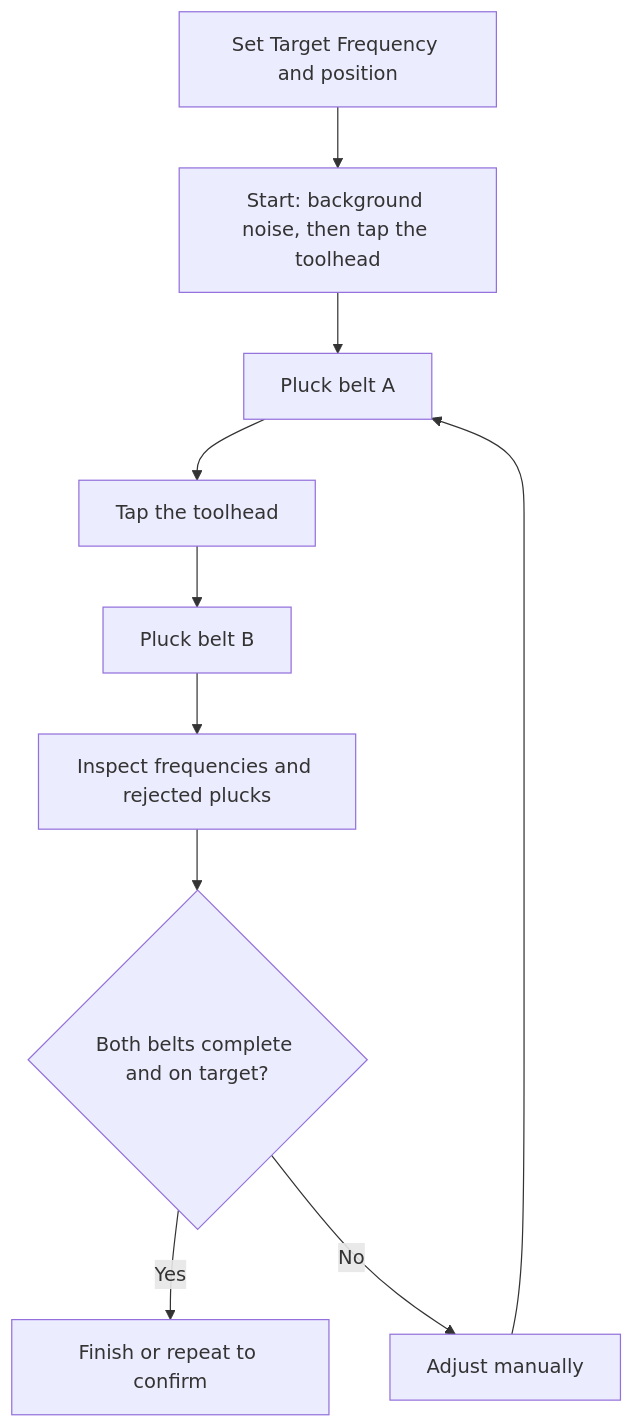
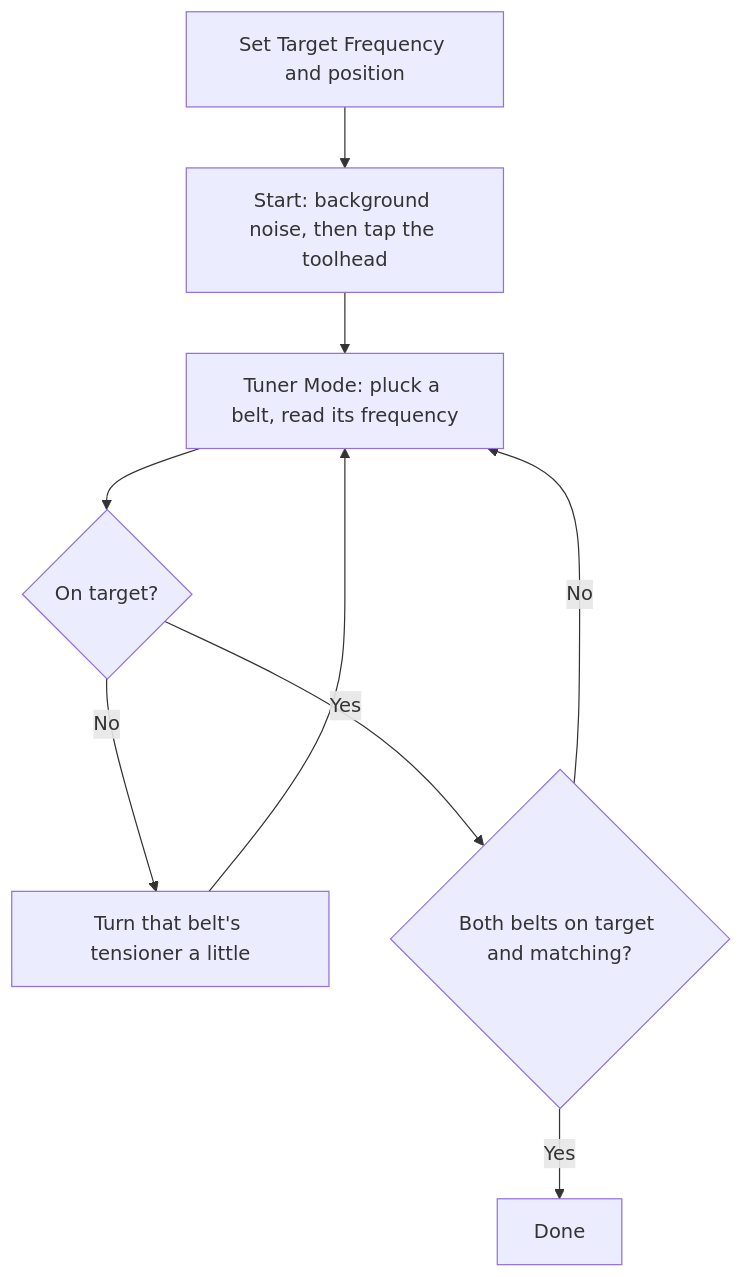
Before and after one commit to HydrateFrequently/Chordata: the diagram in docs/USER_GUIDE.md, drawn with Mermaid. The commit also changed other lines of this file and 12 other files, not shown here.

First line of the commit message:
Tuner Mode only: pluck history, average and ± per pluck, faster live readings

````diff
--- a/docs/USER_GUIDE.md
+++ b/docs/USER_GUIDE.md
@@ -157,12 +157,11 @@
 ```mermaid
 flowchart TD
     setup[Set Target Frequency and position] --> tap[Start: background noise, then tap the toolhead]
-    tap --> a[Pluck belt A]
-    a --> sw[Tap the toolhead]
-    sw --> b[Pluck belt B]
-    b --> inspect[Inspect frequencies and rejected plucks]
-    inspect --> decision{Both belts complete and on target?}
-    decision -->|Yes| finish[Finish or repeat to confirm]
-    decision -->|No| adjust[Adjust manually]
-    adjust --> a
+    tap --> tuner[Tuner Mode: pluck a belt, read its frequency]
+    tuner --> decision{On target?}
+    decision -->|No| adjust[Turn that belt's tensioner a little]
+    adjust --> tuner
+    decision -->|Yes| other{Both belts on target and matching?}
+    other -->|No| tuner
+    other -->|Yes| finish[Done]
 ```
````
